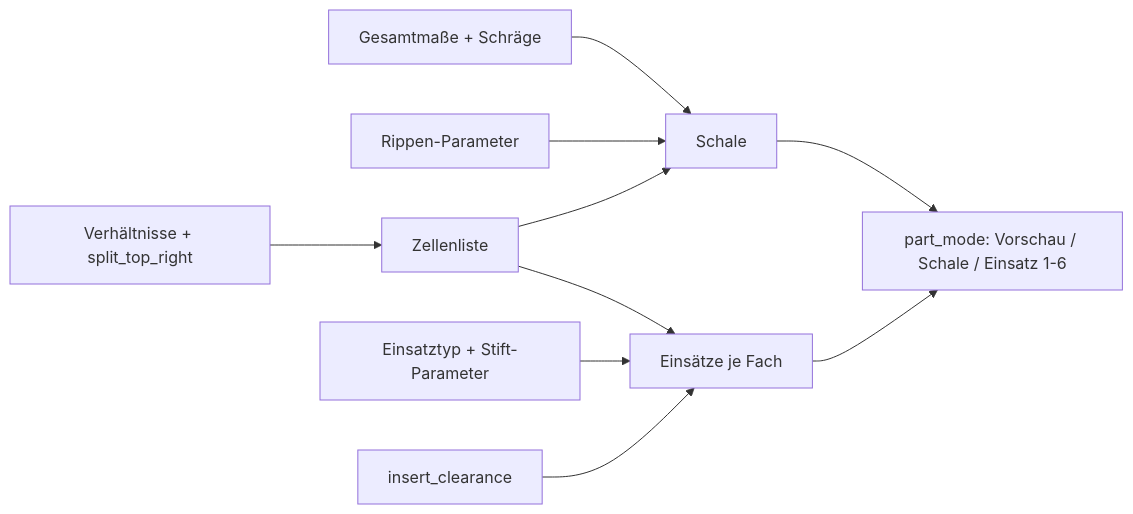
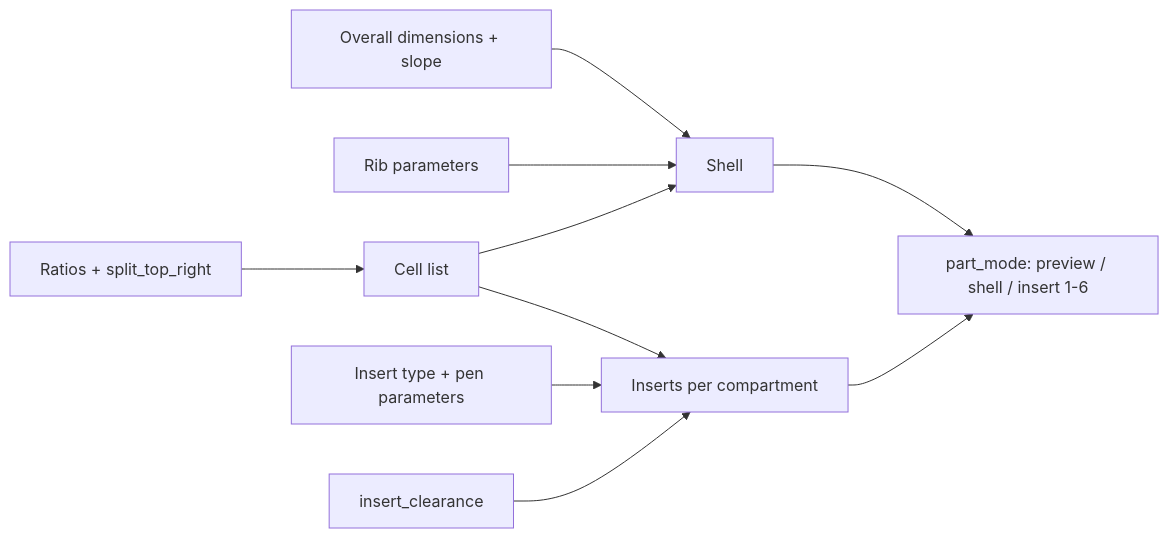
Before and after one commit to BetaHydri/parametric-cad-models: the diagram in models/parametric-desk-organizer/README.md, drawn with Mermaid. The commit also changed other lines of this file and 57 other files, not shown here.

````diff
--- a/models/parametric-desk-organizer/README.md
+++ b/models/parametric-desk-organizer/README.md
@@ -267,12 +268,12 @@
 ```mermaid
 flowchart LR
-    M[Gesamtmaße + Schräge] --> S[Schale]
-    R[Rippen-Parameter] --> S
-    L[Verhältnisse + split_top_right] --> C[Zellenliste]
+    M[Overall dimensions + slope] --> S[Shell]
+    R[Rib parameters] --> S
+    L[Ratios + split_top_right] --> C[Cell list]
     C --> S
-    C --> I[Einsätze je Fach]
-    T[Einsatztyp + Stift-Parameter] --> I
+    C --> I[Inserts per compartment]
+    T[Insert type + pen parameters] --> I
     F[insert_clearance] --> I
-    S --> O[part_mode: Vorschau / Schale / Einsatz 1-6]
+    S --> O[part_mode: preview / shell / insert 1-6]
     I --> O
 ```
````
